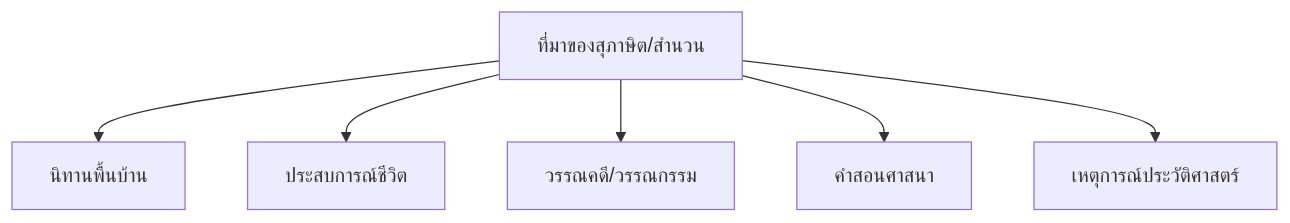
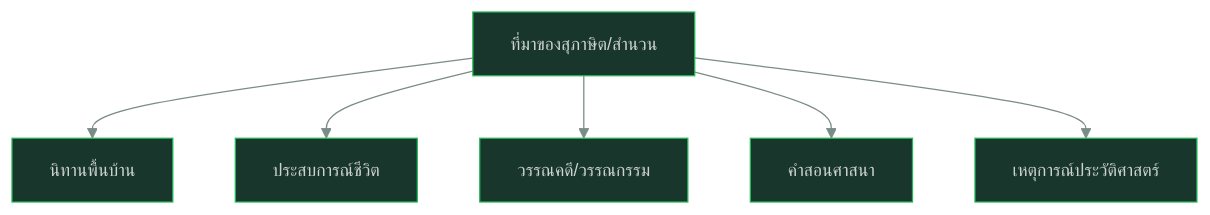
One commit to oat431/general-knowledge changed the diagram in ภาษาไทย/หลักการใช้ภาษาไทย/17_สำนวน สุภาษิต และคำพังเพย.md. Above: the diagram before and after it, drawn with Mermaid. The commit also changed other lines of this file and 100 other files, not shown here.

````diff
--- a/ภาษาไทย/หลักการใช้ภาษาไทย/17_สำนวน สุภาษิต และคำพังเพย.md
+++ b/ภาษาไทย/หลักการใช้ภาษาไทย/17_สำนวน สุภาษิต และคำพังเพย.md
@@ -73,8 +74,9 @@
 ```mermaid
+%%{init: {"theme":"base","themeVariables":{"fontFamily":"Sarabun, Leelawadee UI, system-ui, sans-serif","fontSize":"14px","background":"transparent","primaryColor":"#19362D","primaryTextColor":"#CDD3D1","primaryBorderColor":"#1FB854","secondaryColor":"#1EB88E","secondaryTextColor":"#000C07","secondaryBorderColor":"#17966F","tertiaryColor":"#1FB8AB","tertiaryTextColor":"#010C0B","tertiaryBorderColor":"#17908A","lineColor":"#7A8C87","textColor":"#CAC9C9","clusterBkg":"#161212","clusterBorder":"#3A5A50","edgeLabelBackground":"#1B1717"}}}%%
 flowchart TD
     A["ที่มาของสุภาษิต/สำนวน"] --> B["นิทานพื้นบ้าน"]
     A --> C["ประสบการณ์ชีวิต"]
     A --> D["วรรณคดี/วรรณกรรม"]
     A --> E["คำสอนศาสนา"]
     A --> F["เหตุการณ์ประวัติศาสตร์"]
 ```
````
